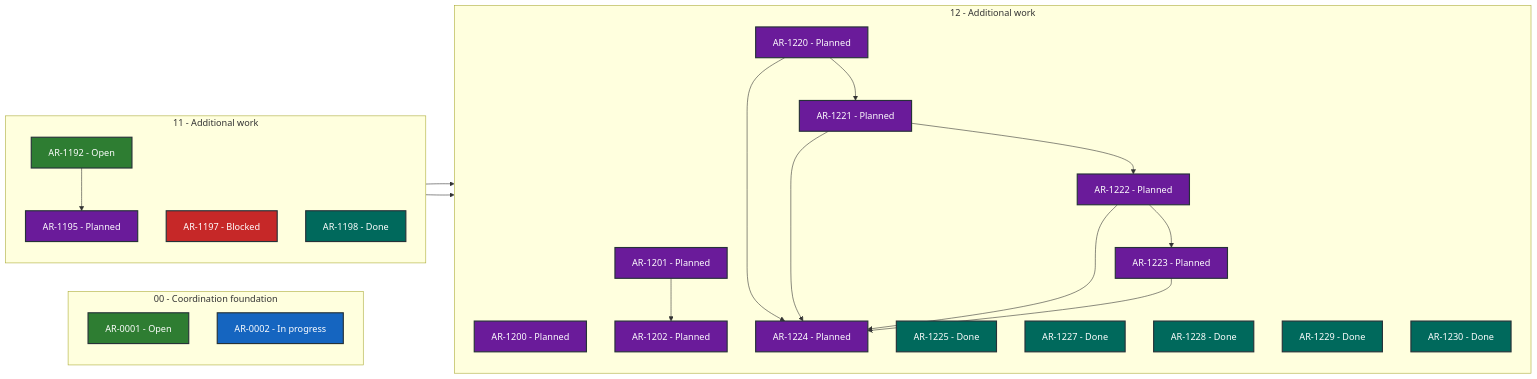
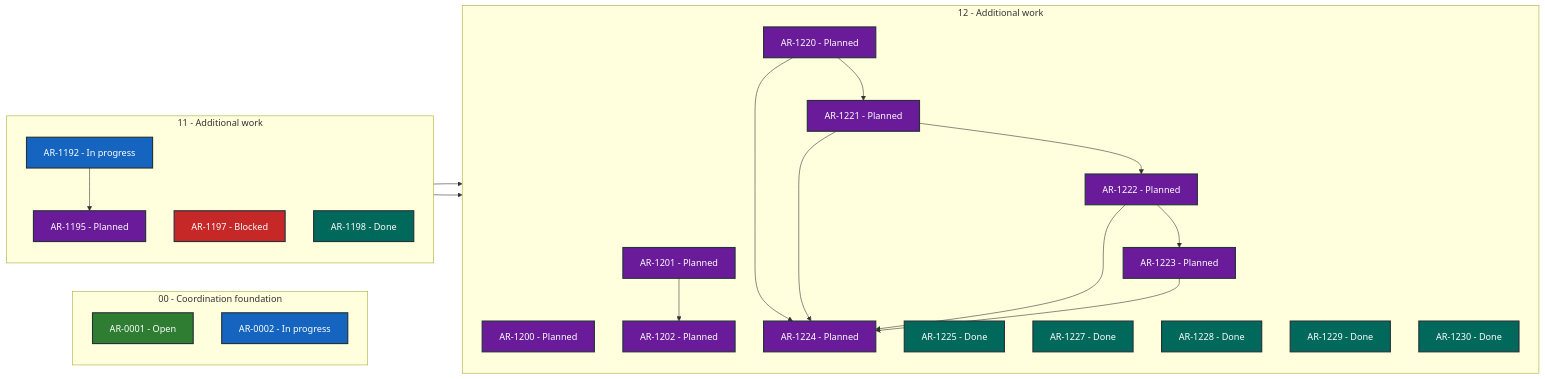
Before and after one commit to martin-beck/asb-tui-state: the diagram in STATUS.md, drawn with Mermaid. The commit also changed other lines of this file and 2 other files, not shown here.

````diff
--- a/STATUS.md
+++ b/STATUS.md
@@ -27,50 +27,50 @@
 ```mermaid
 flowchart LR
     subgraph series_00["00 - Coordination foundation"]
         direction TB
         AR_0001["AR-0001 - Open"]:::status_open
         AR_0002["AR-0002 - In progress"]:::status_in_progress
     end
     subgraph series_11["11 - Additional work"]
         direction TB
-        AR_1192["AR-1192 - Open"]:::status_open
+        AR_1192["AR-1192 - In progress"]:::status_in_progress
         AR_1195["AR-1195 - Planned"]:::status_planned
         AR_1197["AR-1197 - Blocked"]:::status_blocked
         AR_1198["AR-1198 - Done"]:::status_done
     end
     subgraph series_12["12 - Additional work"]
         direction TB
         AR_1200["AR-1200 - Planned"]:::status_planned
         AR_1201["AR-1201 - Planned"]:::status_planned
         AR_1202["AR-1202 - Planned"]:::status_planned
         AR_1220["AR-1220 - Planned"]:::status_planned
         AR_1221["AR-1221 - Planned"]:::status_planned
         AR_1222["AR-1222 - Planned"]:::status_planned
         AR_1223["AR-1223 - Planned"]:::status_planned
         AR_1224["AR-1224 - Planned"]:::status_planned
         AR_1225["AR-1225 - Done"]:::status_done
         AR_1227["AR-1227 - Done"]:::status_done
         AR_1228["AR-1228 - Done"]:::status_done
         AR_1229["AR-1229 - Done"]:::status_done
         AR_1230["AR-1230 - Done"]:::status_done
     end
     AR_1192 --> AR_1195
     AR_1195 --> AR_1200
     AR_1197 --> AR_1201
     AR_1201 --> AR_1202
     AR_1220 --> AR_1221
     AR_1220 --> AR_1224
     AR_1221 --> AR_1222
     AR_1221 --> AR_1224
     AR_1222 --> AR_1223
     AR_1222 --> AR_1224
     AR_1223 --> AR_1224
     classDef status_in_progress fill:#1565c0,color:#ffffff,stroke:#263238,stroke-width:2px
     classDef status_open fill:#2e7d32,color:#ffffff,stroke:#263238,stroke-width:2px
     classDef status_blocked fill:#c62828,color:#ffffff,stroke:#263238,stroke-width:2px
     classDef status_planned fill:#6a1b9a,color:#ffffff,stroke:#263238,stroke-width:2px
     classDef status_future fill:#455a64,color:#ffffff,stroke:#263238,stroke-width:2px
     classDef status_done fill:#00695c,color:#ffffff,stroke:#263238,stroke-width:2px
     classDef status_cancelled fill:#616161,color:#ffffff,stroke:#263238,stroke-width:2px
     classDef status_superseded fill:#5d4037,color:#ffffff,stroke:#263238,stroke-width:2px
 ```
````
